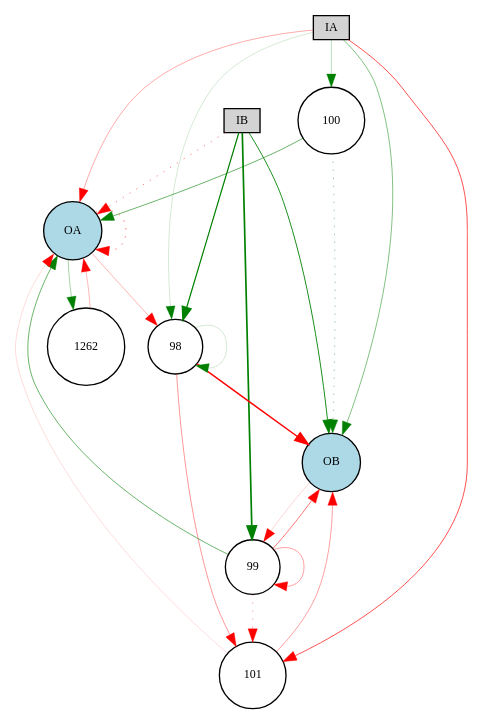
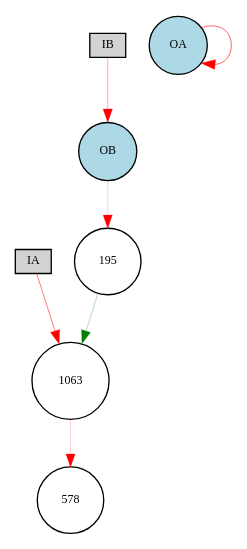
One commit to danxan/neuromorphic-evolution changed the diagram in source/cont_exp/Digraph.gv. Above: the diagram before and after it, drawn with Graphviz. The commit also changed 6 other files, not shown here.

```diff
--- a/source/cont_exp/Digraph.gv
+++ b/source/cont_exp/Digraph.gv
@@ -1,37 +1,16 @@
 digraph {
 	node [fontsize=9 height=0.2 shape=circle width=0.2]
 	IA [fillcolor=lightgray shape=box style=filled]
 	IB [fillcolor=lightgray shape=box style=filled]
 	OA [fillcolor=lightblue style=filled]
 	OB [fillcolor=lightblue style=filled]
-	98 [fillcolor=white style=filled]
-	99 [fillcolor=white style=filled]
-	100 [fillcolor=white style=filled]
-	101 [fillcolor=white style=filled]
-	1262 [fillcolor=white style=filled]
-	IA -> 98 [color=green penwidth=0.1283372469878011 style=solid]
-	IA -> 100 [color=green penwidth=0.20446154198029415 style=solid]
-	IA -> 101 [color=red penwidth=0.5144183279731066 style=solid]
-	IB -> 98 [color=green penwidth=0.8963214630709049 style=solid]
-	IB -> 99 [color=green penwidth=1.2711919323430523 style=solid]
-	98 -> OB [color=red penwidth=1.1047462455951844 style=solid]
-	99 -> OA [color=green penwidth=0.4446034912370359 style=solid]
-	99 -> OB [color=red penwidth=0.40053038894585014 style=solid]
-	100 -> OA [color=green penwidth=0.4364988027950828 style=solid]
-	100 -> OB [color=green penwidth=0.320262590439815 style=dotted]
-	101 -> OA [color=red penwidth=0.10967190713526352 style=solid]
-	101 -> OB [color=red penwidth=0.28149971382525774 style=solid]
-	IA -> OA [color=red penwidth=0.25232020092189755 style=solid]
-	IA -> OB [color=green penwidth=0.3680213076392387 style=solid]
-	IB -> OA [color=red penwidth=0.3679423918605039 style=dotted]
-	IB -> OB [color=green penwidth=0.674263990383216 style=solid]
-	OA -> OA [color=red penwidth=0.4590547643656049 style=dotted]
-	98 -> 98 [color=green penwidth=0.13460929097878732 style=solid]
-	99 -> 99 [color=red penwidth=0.2769819246502091 style=solid]
-	OA -> 98 [color=red penwidth=0.22296282594324102 style=solid]
-	OB -> 99 [color=red penwidth=0.13416587244966804 style=solid]
-	99 -> 101 [color=red penwidth=0.29044143453550275 style=dotted]
-	98 -> 101 [color=red penwidth=0.3090559830070174 style=solid]
-	OA -> 1262 [color=green penwidth=0.2629317538357886 style=solid]
-	1262 -> OA [color=red penwidth=0.20909357618694216 style=solid]
+	578 [fillcolor=white style=filled]
+	195 [fillcolor=white style=filled]
+	1063 [fillcolor=white style=filled]
+	OA -> OA [color=red penwidth=0.46486555648742434 style=solid]
+	IB -> OB [color=red penwidth=0.2642217180075144 style=solid]
+	195 -> 1063 [color=green penwidth=0.22247968543234914 style=solid]
+	OB -> 195 [color=red penwidth=0.1453457851522299 style=solid]
+	IA -> 1063 [color=red penwidth=0.38608752021524373 style=solid]
+	1063 -> 578 [color=red penwidth=0.13564047075446106 style=solid]
 }
```
